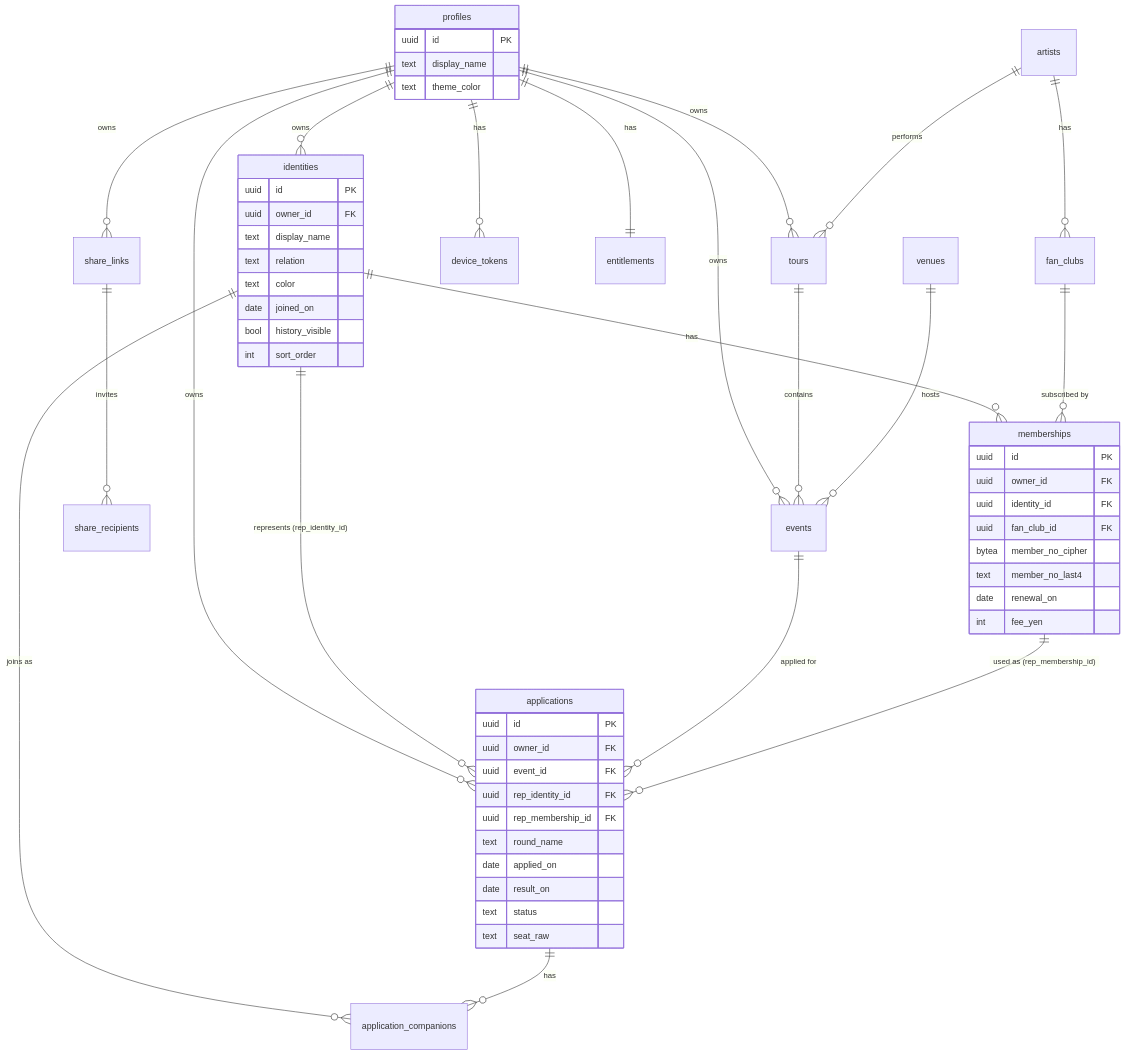
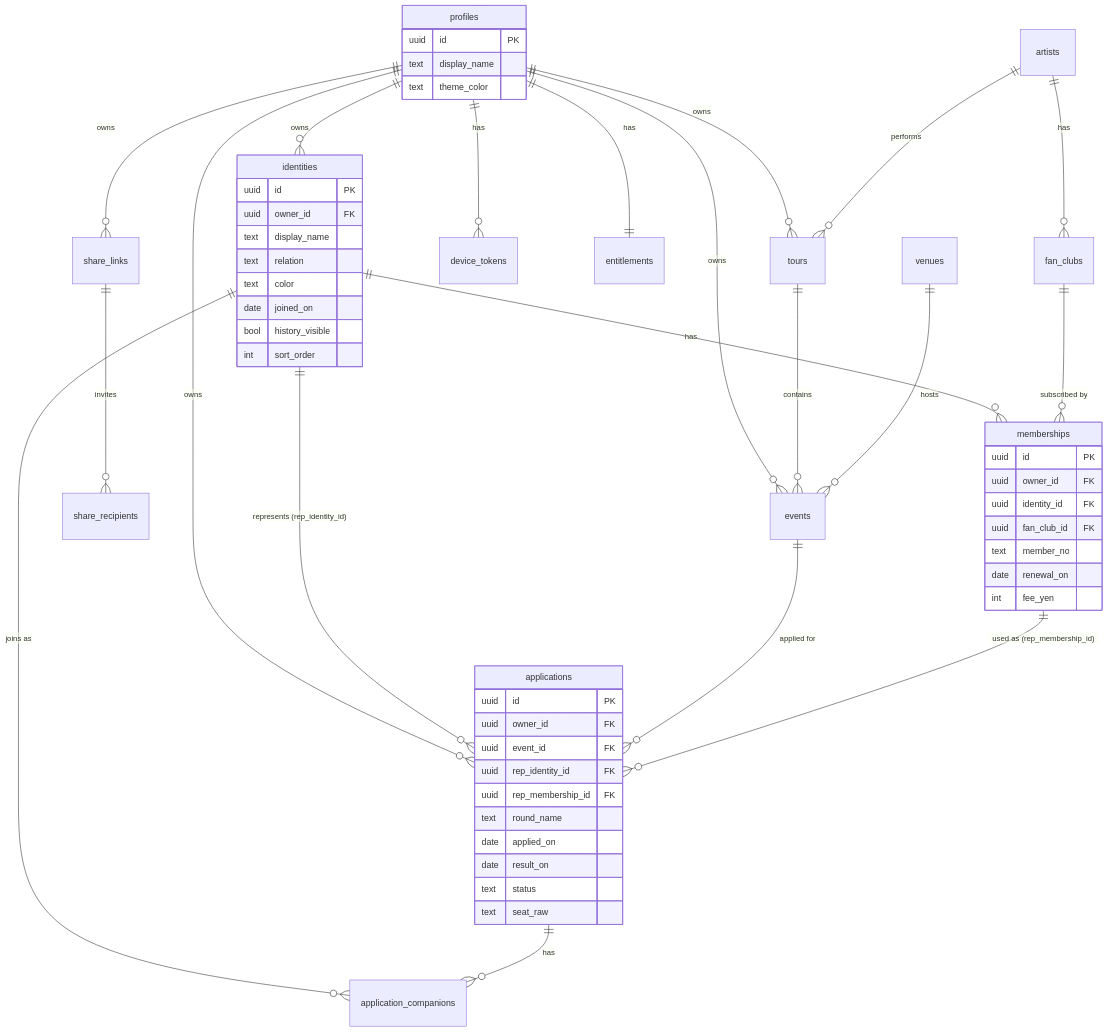
The diagram in docs/03-database.md (yumori59/otakuApp), drawn with Mermaid before and after one commit. The commit also changed other lines of this file and 45 other files, not shown here.

````diff
--- a/docs/03-database.md
+++ b/docs/03-database.md
@@ -88,63 +88,62 @@
 ```mermaid
 erDiagram
     profiles ||--o{ identities : owns
     profiles ||--o{ tours : owns
     profiles ||--o{ events : owns
     profiles ||--o{ applications : owns
     profiles ||--o{ share_links : owns
     share_links ||--o{ share_recipients : invites
     profiles ||--o{ device_tokens : has
     profiles ||--|| entitlements : has
 
     identities ||--o{ memberships : has
     identities ||--o{ applications : "represents (rep_identity_id)"
     identities ||--o{ application_companions : "joins as"
 
     artists ||--o{ fan_clubs : has
     artists ||--o{ tours : "performs"
     fan_clubs ||--o{ memberships : "subscribed by"
 
     tours ||--o{ events : contains
     venues ||--o{ events : "hosts"
     events ||--o{ applications : "applied for"
     applications ||--o{ application_companions : has
     memberships ||--o{ applications : "used as (rep_membership_id)"
 
     profiles {
         uuid id PK
         text display_name
         text theme_color
     }
     identities {
         uuid id PK
         uuid owner_id FK
         text display_name
         text relation
         text color
         date joined_on
         bool history_visible
         int sort_order
     }
     memberships {
         uuid id PK
         uuid owner_id FK
         uuid identity_id FK
         uuid fan_club_id FK
-        bytea member_no_cipher
-        text member_no_last4
+        text member_no
         date renewal_on
         int fee_yen
     }
     applications {
         uuid id PK
         uuid owner_id FK
         uuid event_id FK
         uuid rep_identity_id FK
         uuid rep_membership_id FK
         text round_name
         date applied_on
         date result_on
         text status
         text seat_raw
     }
 ```
````
